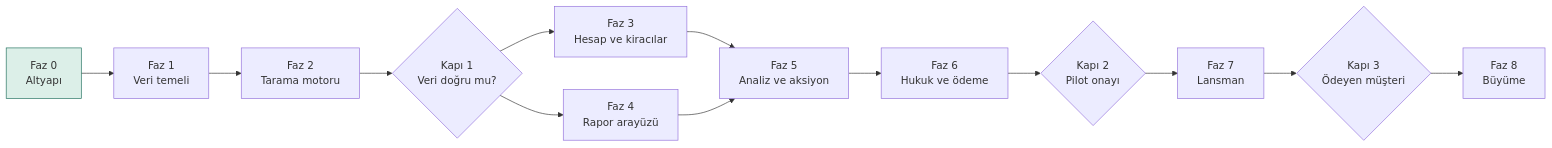
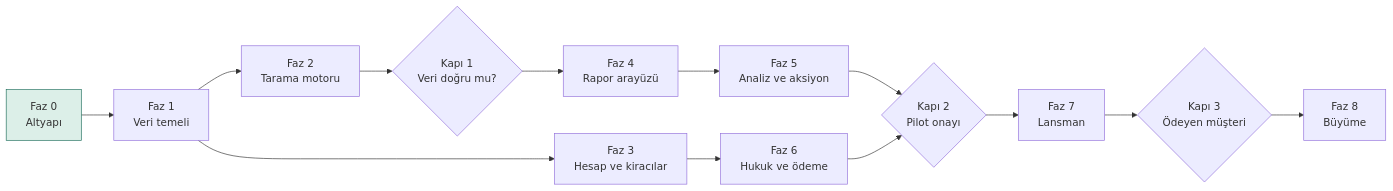
Before and after one commit to technsug-ops/-ortsrank: the first of 4 diagrams in docs/ROADMAP.md, drawn with Mermaid. The commit also changed other lines of this file and 4 other files, not shown here.

First line of the commit message:
Review roadmap and align schema

````diff
--- a/docs/ROADMAP.md
+++ b/docs/ROADMAP.md
@@ -27,16 +27,16 @@
 ```mermaid
 flowchart LR
     F0[Faz 0<br/>Altyapı]:::done --> F1[Faz 1<br/>Veri temeli]
     F1 --> F2[Faz 2<br/>Tarama motoru]
+    F1 --> F3[Faz 3<br/>Hesap ve kiracılar]
     F2 --> G1{Kapı 1<br/>Veri doğru mu?}
-    G1 --> F3[Faz 3<br/>Hesap ve kiracılar]
     G1 --> F4[Faz 4<br/>Rapor arayüzü]
-    F3 --> F5[Faz 5<br/>Analiz ve aksiyon]
-    F4 --> F5
-    F5 --> F6[Faz 6<br/>Hukuk ve ödeme]
-    F6 --> G2{Kapı 2<br/>Pilot onayı}
+    F4 --> F5[Faz 5<br/>Analiz ve aksiyon]
+    F3 --> F6[Faz 6<br/>Hukuk ve ödeme]
+    F5 --> G2{Kapı 2<br/>Pilot onayı}
+    F6 --> G2
     G2 --> F7[Faz 7<br/>Lansman]
     F7 --> G3{Kapı 3<br/>Ödeyen müşteri}
     G3 --> F8[Faz 8<br/>Büyüme]
     classDef done fill:#dcefe8,stroke:#1f6f5c
 ```
````
